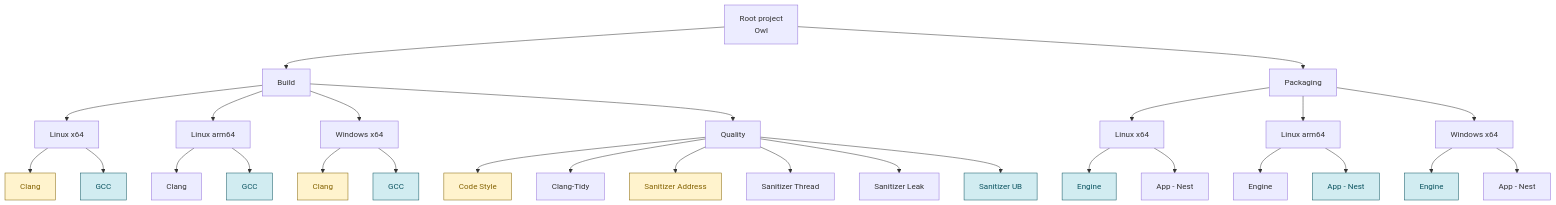
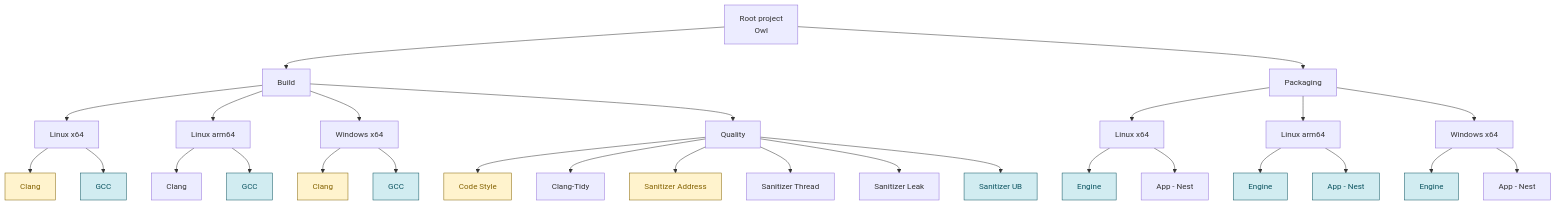
The first of 2 diagrams in doc/pages/continuous_integration.md (Silmaen/Owl), drawn with Mermaid before and after one commit. The commit also changed other lines of this file and 9 other files, not shown here.

````diff
--- a/doc/pages/continuous_integration.md
+++ b/doc/pages/continuous_integration.md
@@ -31,35 +31,35 @@
 ```mermaid
 flowchart TD
     Root[Root project<br/>Owl] --> Build[Build]
     Root --> Pkg[Packaging]
     Build --> Lx[Linux x64]
     Build --> La[Linux arm64]
     Build --> Wx[Windows x64]
     Build --> Q[Quality]
     Lx --> LxC[Clang]
     Lx --> LxG[GCC]
     La --> LaC[Clang]
     La --> LaG[GCC]
     Wx --> WxC[Clang]
     Wx --> WxG[GCC]
     Q --> CS[Code Style]
     Q --> CT[Clang-Tidy]
     Q --> SA[Sanitizer Address]
     Q --> ST[Sanitizer Thread]
     Q --> SL[Sanitizer Leak]
     Q --> SU[Sanitizer UB]
     Pkg --> PLx[Linux x64]
     Pkg --> PLa[Linux arm64]
     Pkg --> PWx[Windows x64]
     PLx --> PLxE[Engine]
     PLx --> PLxN[App - Nest]
     PLa --> PLaE[Engine]
     PLa --> PLaN[App - Nest]
     PWx --> PWxE[Engine]
     PWx --> PWxN[App - Nest]
 
     classDef draft fill:#fff3cd,stroke:#856404,color:#856404
     classDef mainOnly fill:#d1ecf1,stroke:#0c5460,color:#0c5460
     class LxC,WxC,CS,SA draft
-    class LxG,LaG,WxG,SU,PLxE,PLaN,PWxE mainOnly
+    class LxG,LaG,WxG,SU,PLxE,PLaE,PLaN,PWxE mainOnly
 ```
````
